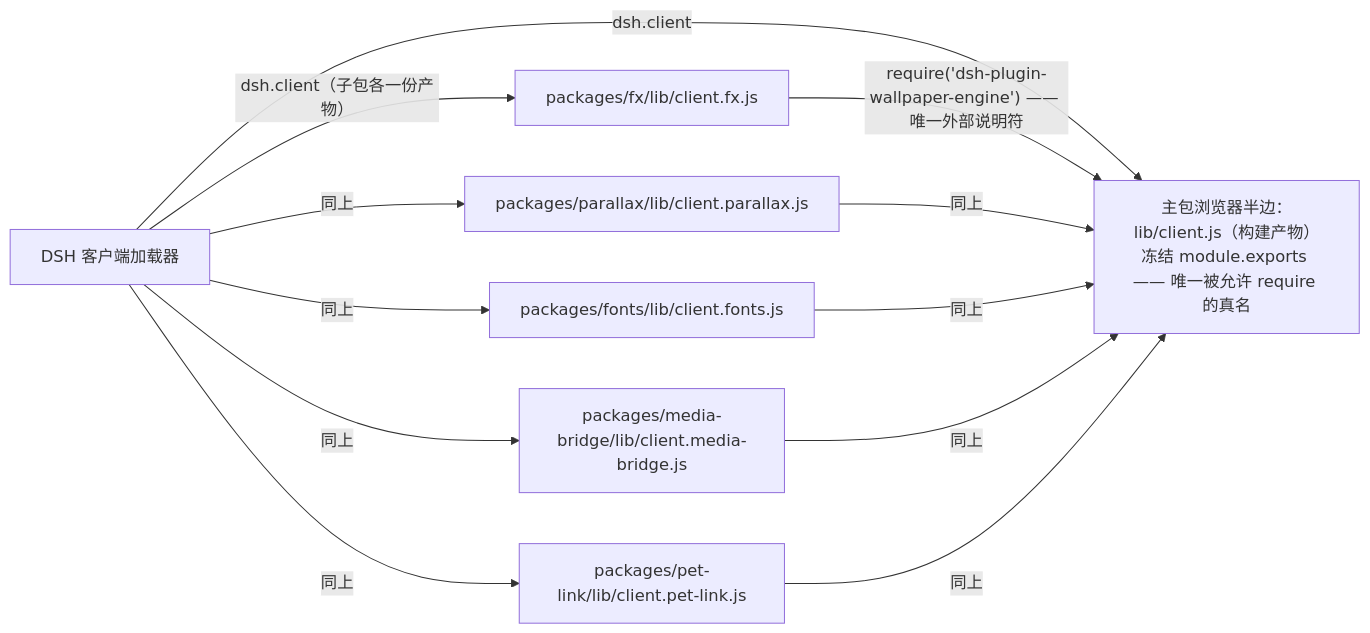
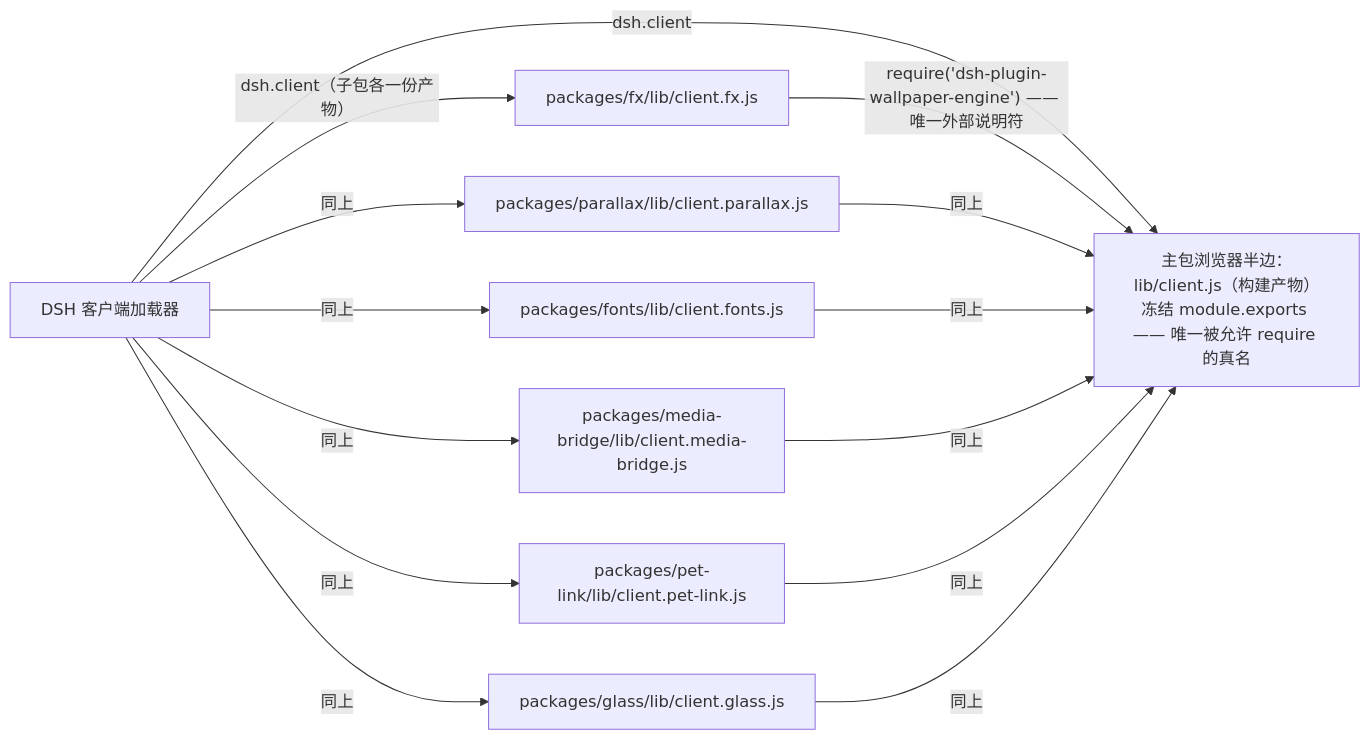
The third of 3 diagrams in docs/SUBPACKAGE-GRAPH.md (CREAMSOU/dsh-wallpaper-engine), drawn with Mermaid before and after one commit. The commit also changed other lines of this file and 29 other files, not shown here.

````diff
--- a/docs/SUBPACKAGE-GRAPH.md
+++ b/docs/SUBPACKAGE-GRAPH.md
@@ -86,16 +89,18 @@
 ```mermaid
 graph LR
   LOADER["DSH 客户端加载器"]
   MAINB["主包浏览器半边：lib/client.js（构建产物）<br/>冻结 module.exports —— 唯一被允许 require 的真名"]
   LOADER -->|"dsh.client"| MAINB
   LOADER -->|"dsh.client（子包各一份产物）"| FB["packages/fx/lib/client.fx.js"]
   LOADER -->|"同上"| PB["packages/parallax/lib/client.parallax.js"]
   LOADER -->|"同上"| FT["packages/fonts/lib/client.fonts.js"]
   LOADER -->|"同上"| WB["packages/media-bridge/lib/client.media-bridge.js"]
   LOADER -->|"同上"| PL["packages/pet-link/lib/client.pet-link.js"]
+  LOADER -->|"同上"| GB["packages/glass/lib/client.glass.js"]
   FB -->|"require('dsh-plugin-wallpaper-engine') —— 唯一外部说明符"| MAINB
   PB -->|"同上"| MAINB
   FT -->|"同上"| MAINB
   WB -->|"同上"| MAINB
   PL -->|"同上"| MAINB
+  GB -->|"同上"| MAINB
 ```
````
